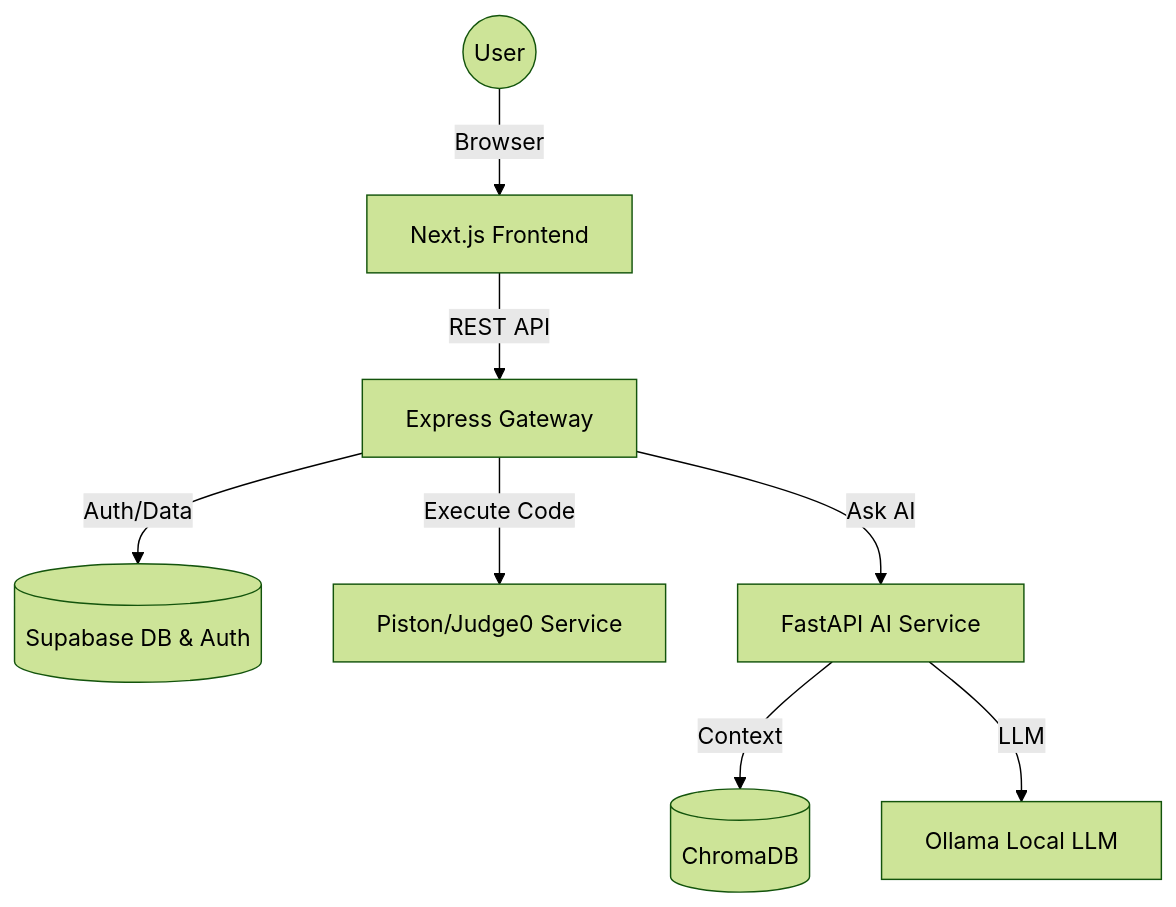
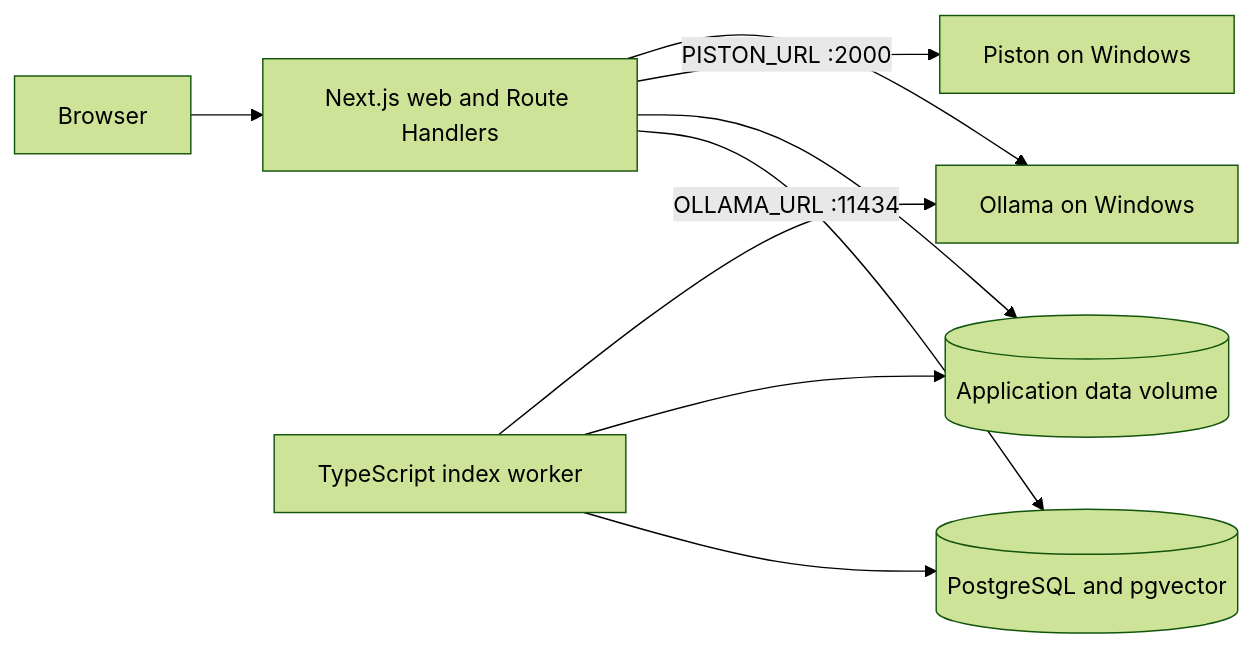
One commit to raksitbell/codearea changed the diagram in README.md. Above: the diagram before and after it, drawn with Mermaid (forest theme). The commit also changed other lines of this file and 1 other file, not shown here.

Commit message:
docs: document consolidated architecture and setup

````diff
--- a/README.md
+++ b/README.md
@@ -167,10 +7,11 @@
 ```mermaid
-graph TD
-    User((User)) -->|Browser| Frontend[Next.js Frontend]
-    Frontend -->|REST API| Backend[Express Gateway]
-    Backend -->|Auth/Data| Supabase[(Supabase DB & Auth)]
-    Backend -->|Execute Code| Executor[Piston/Judge0 Service]
-    Backend -->|Ask AI| AIService[FastAPI AI Service]
-    AIService -->|Context| VectorDB[(ChromaDB)]
-    AIService -->|LLM| Ollama[Ollama Local LLM]
+flowchart LR
+  Browser --> Web[Next.js web and Route Handlers]
+  Web --> DB[(PostgreSQL and pgvector)]
+  Web --> Data[(Application data volume)]
+  Web -->|PISTON_URL :2000| Piston[Piston on Windows]
+  Worker[TypeScript index worker] --> DB
+  Worker --> Data
+  Worker -->|OLLAMA_URL :11434| Ollama[Ollama on Windows]
+  Web --> Ollama
 ```
````
